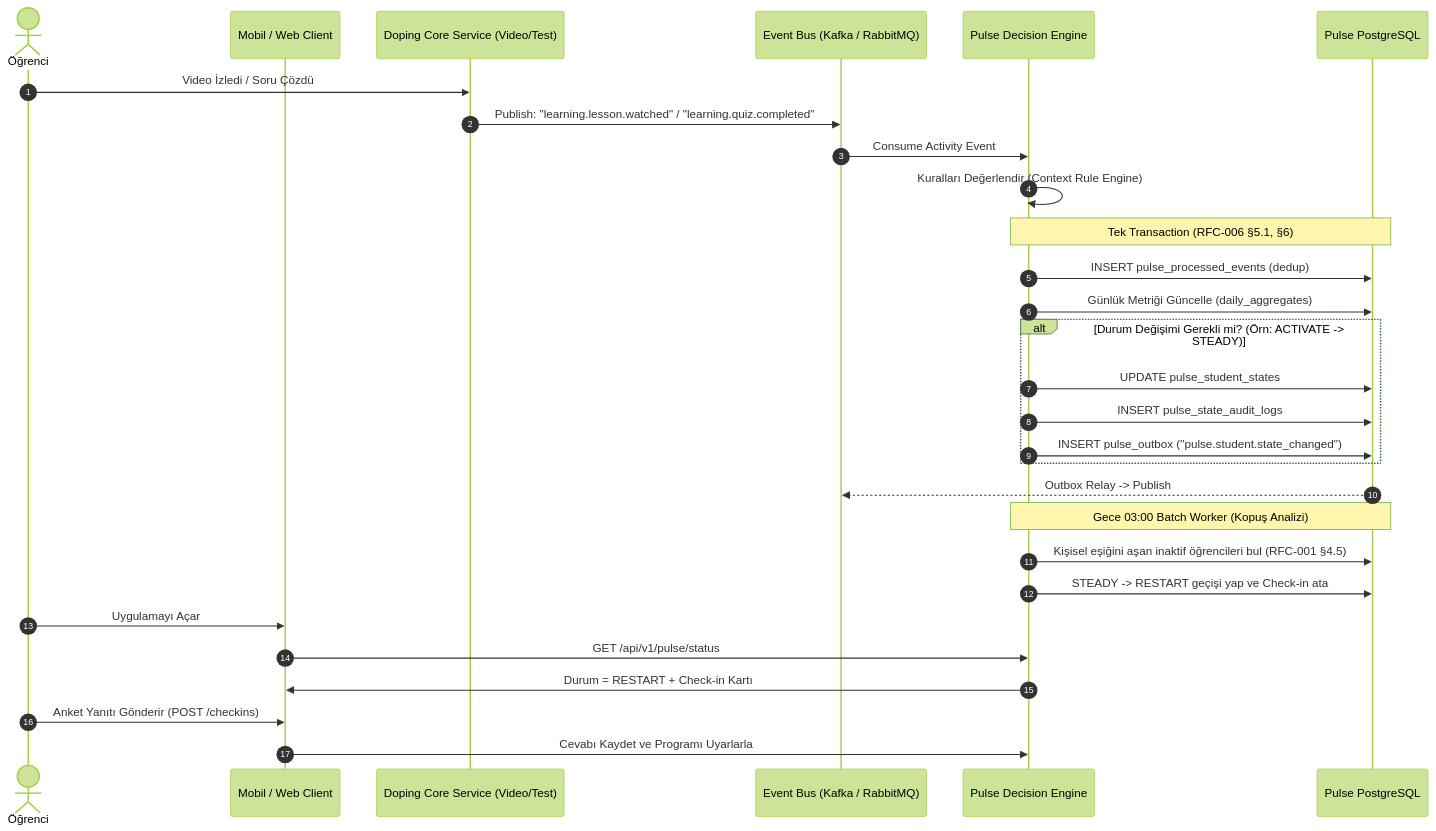
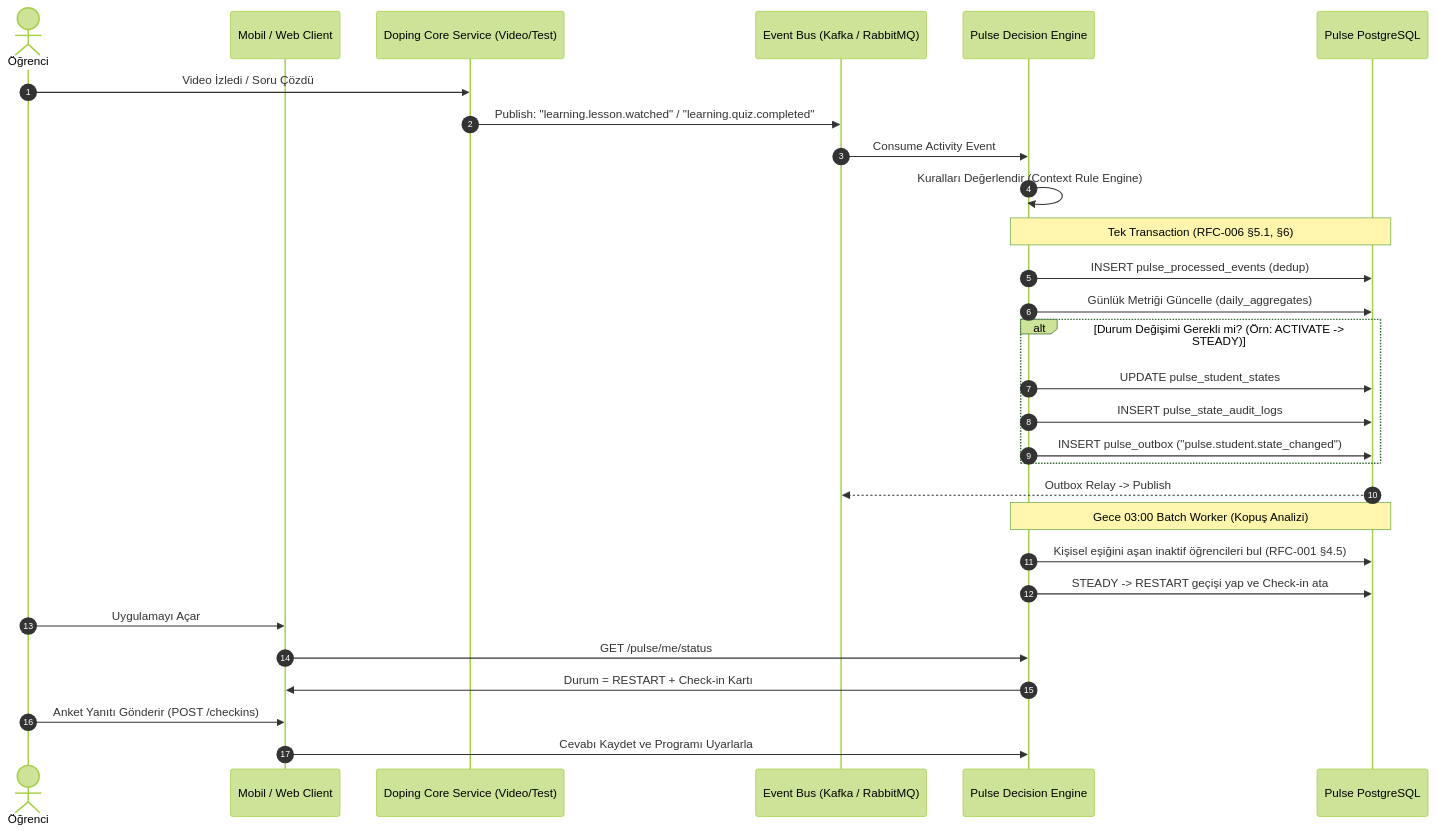
One commit to Losdreyfedus/doping-pulse changed the third of 3 diagrams in docs/doping-pulse-technical-spec.md. Above: the diagram before and after it, drawn with Mermaid (forest theme). The commit also changed other lines of this file and 10 other files, not shown here.

First line of the commit message:
docs(pulse): align object models with rule engine and set authorship

````diff
--- a/docs/doping-pulse-technical-spec.md
+++ b/docs/doping-pulse-technical-spec.md
@@ -287,36 +347,36 @@
 ```mermaid
 sequenceDiagram
     autonumber
     actor Student as Öğrenci
     participant App as Mobil / Web Client
     participant CoreApp as Doping Core Service (Video/Test)
     participant Kafka as Event Bus (Kafka / RabbitMQ)
     participant PulseEngine as Pulse Decision Engine
     participant PulseDB as Pulse PostgreSQL
 
     Student->>CoreApp: Video İzledi / Soru Çözdü
     CoreApp->>Kafka: Publish: "learning.lesson.watched" / "learning.quiz.completed"
     
     Kafka->>PulseEngine: Consume Activity Event
     PulseEngine->>PulseEngine: Kuralları Değerlendir (Context Rule Engine)
     
     Note over PulseEngine,PulseDB: Tek Transaction (RFC-006 §5.1, §6)
     PulseEngine->>PulseDB: INSERT pulse_processed_events (dedup)
     PulseEngine->>PulseDB: Günlük Metriği Güncelle (daily_aggregates)
     alt Durum Değişimi Gerekli mi? (Örn: ACTIVATE -> STEADY)
         PulseEngine->>PulseDB: UPDATE pulse_student_states
         PulseEngine->>PulseDB: INSERT pulse_state_audit_logs
         PulseEngine->>PulseDB: INSERT pulse_outbox ("pulse.student.state_changed")
     end
     PulseDB-->>Kafka: Outbox Relay -> Publish
 
     Note over PulseEngine,PulseDB: Gece 03:00 Batch Worker (Kopuş Analizi)
     PulseEngine->>PulseDB: Kişisel eşiğini aşan inaktif öğrencileri bul (RFC-001 §4.5)
     PulseEngine->>PulseDB: STEADY -> RESTART geçişi yap ve Check-in ata
 
     Student->>App: Uygulamayı Açar
-    App->>PulseEngine: GET /api/v1/pulse/status
+    App->>PulseEngine: GET /pulse/me/status
     PulseEngine->>App: Durum = RESTART + Check-in Kartı
     Student->>App: Anket Yanıtı Gönderir (POST /checkins)
     App->>PulseEngine: Cevabı Kaydet ve Programı Uyarlarla
 ```
````
